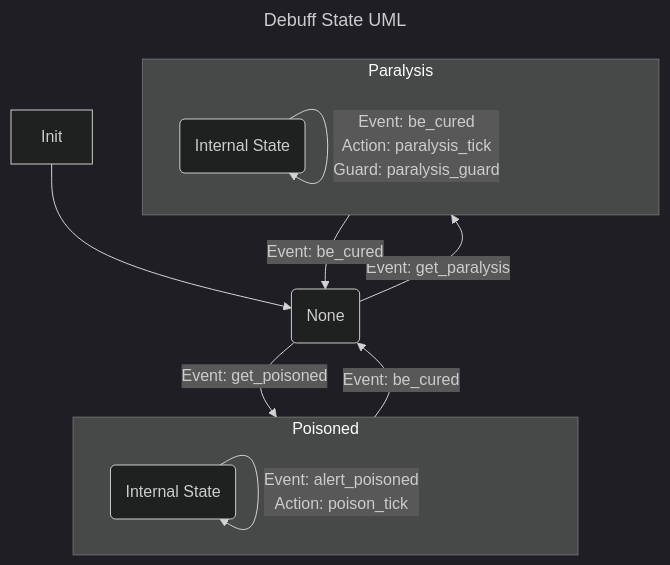
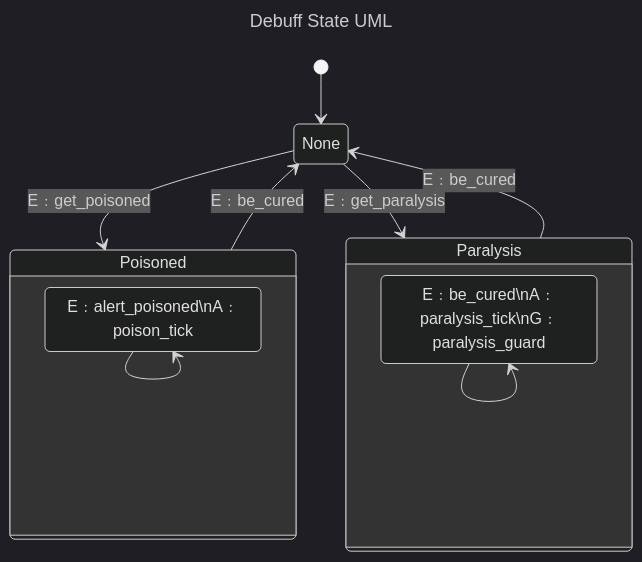
One commit to tongmon/fundamental-practice changed the fifth of 5 diagrams in Programming Pattern/Behavioral Pattern/State.md. Above: the diagram before and after it, drawn with Mermaid (dark theme).

````diff
--- a/Programming Pattern/Behavioral Pattern/State.md
+++ b/Programming Pattern/Behavioral Pattern/State.md
@@ -1271,22 +1271,20 @@
 ```mermaid
 ---
 title : Debuff State UML
 ---
 
-flowchart TD
-
-    subgraph Poisoned[Poisoned]
-        PoisonedInternalState(Internal State) --> |Event: alert_poisoned\nAction: poison_tick| PoisonedInternalState
-    end
-
-    subgraph Paralysis[Paralysis]
-        ParalysisInternalState(Internal State) --> |Event: be_cured\nAction: paralysis_tick\nGuard: paralysis_guard| ParalysisInternalState
-    end
-
-    Init[Init] --> None(None)
-    None -->|Event: get_poisoned| Poisoned
-    None -->|Event: get_paralysis| Paralysis
-    Poisoned -->|Event: be_cured| None
-    Paralysis -->|Event: be_cured| None
-
+stateDiagram-v2
+    [*] --> None
+    state Paralysis {
+        InternalPara: E﹕be_cured\nA﹕paralysis_tick\nG﹕paralysis_guard
+        InternalPara --> InternalPara
+    }
+    state Poisoned {
+        InternalPoin: E﹕alert_poisoned\nA﹕poison_tick
+        InternalPoin --> InternalPoin
+    }
+    None --> Poisoned: E﹕get_poisoned
+    None --> Paralysis: E﹕get_paralysis
+    Poisoned --> None: E﹕be_cured
+    Paralysis --> None: E﹕be_cured
 ```
````
